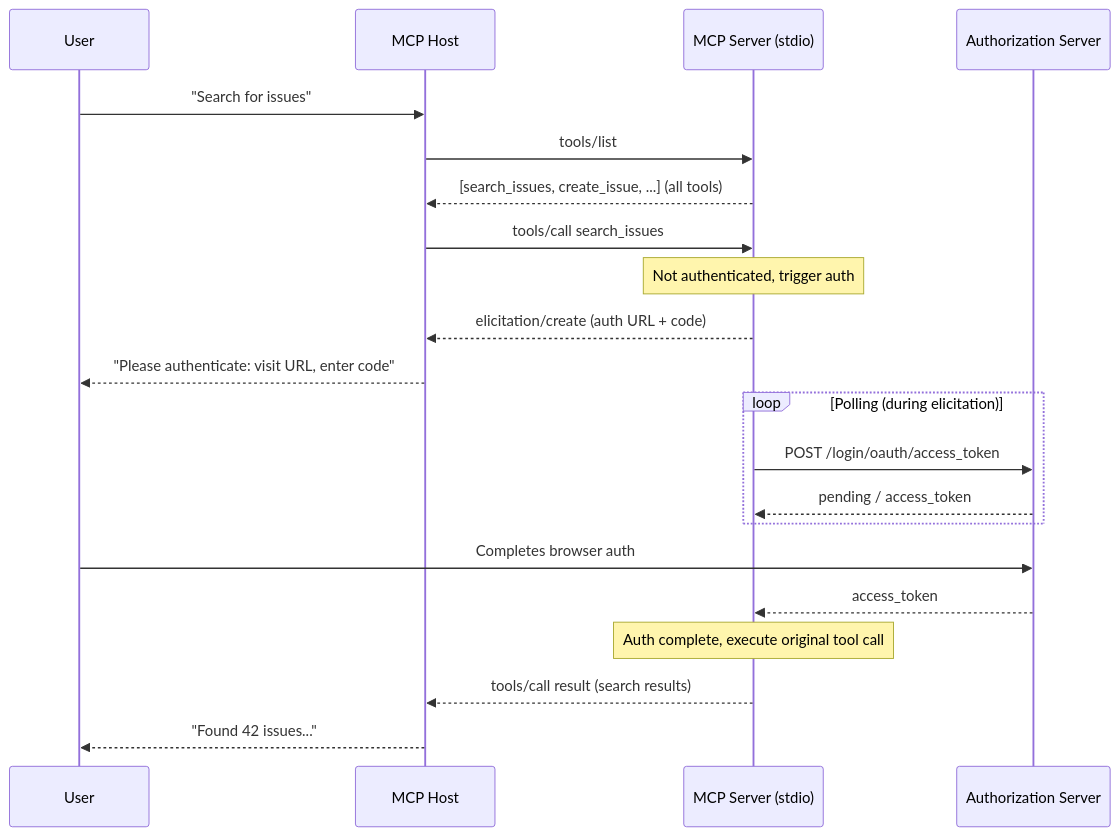
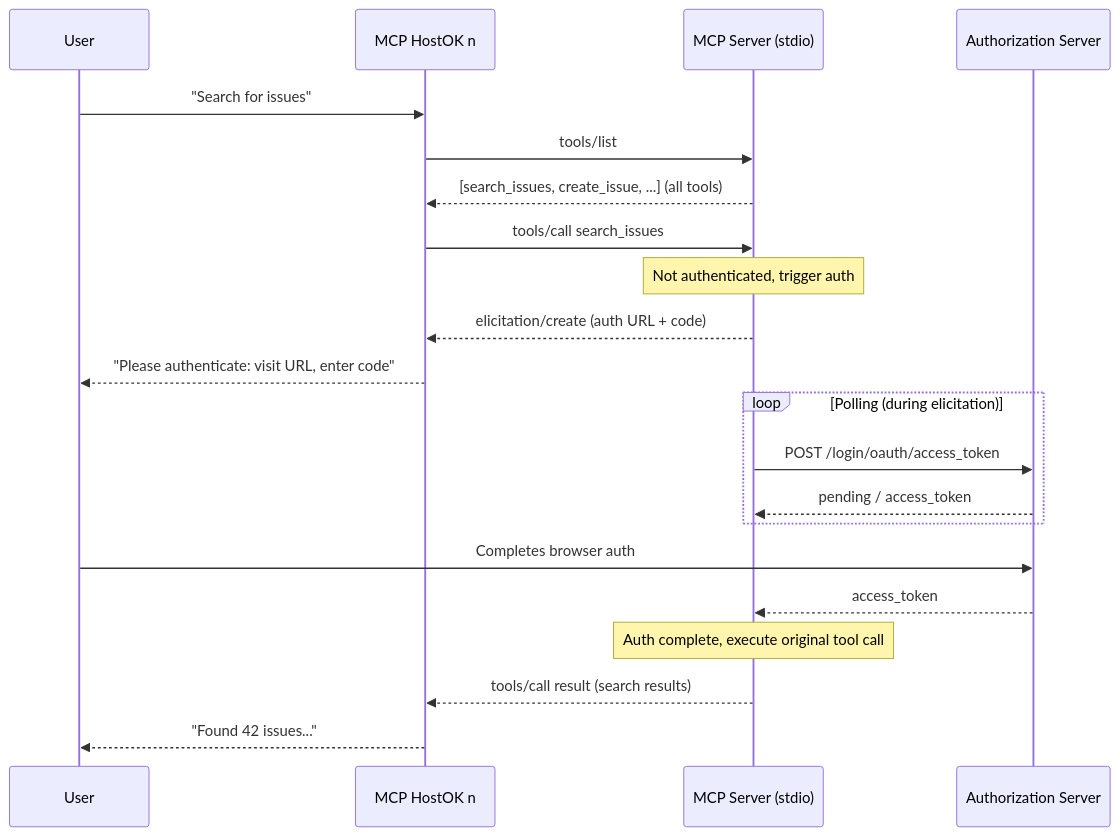
The second of 2 diagrams in seps/0000-stdio-oauth-device-flow.md (modelcontextprotocol/modelcontextprotocol), drawn with Mermaid before and after one commit. The commit also changed other lines of this file, not shown here.

````diff
--- a/seps/0000-stdio-oauth-device-flow.md
+++ b/seps/0000-stdio-oauth-device-flow.md
@@ -351,29 +351,29 @@
 ```mermaid
 sequenceDiagram
     participant User
-    participant Host as MCP Host
+    participant Host as MCP HostOK n
     participant Server as MCP Server (stdio)
     participant AS as Authorization Server
 
     User->>Host: "Search for issues"
     Host->>Server: tools/list
     Server-->>Host: [search_issues, create_issue, ...] (all tools)
     
     Host->>Server: tools/call search_issues
     Note over Server: Not authenticated, trigger auth
     
     Server-->>Host: elicitation/create (auth URL + code)
     Host-->>User: "Please authenticate: visit URL, enter code"
     
     loop Polling (during elicitation)
         Server->>AS: POST /login/oauth/access_token
         AS-->>Server: pending / access_token
     end
     
     User->>AS: Completes browser auth
     AS-->>Server: access_token
     
     Note over Server: Auth complete, execute original tool call
     Server-->>Host: tools/call result (search results)
     Host-->>User: "Found 42 issues..."
 ```
````
